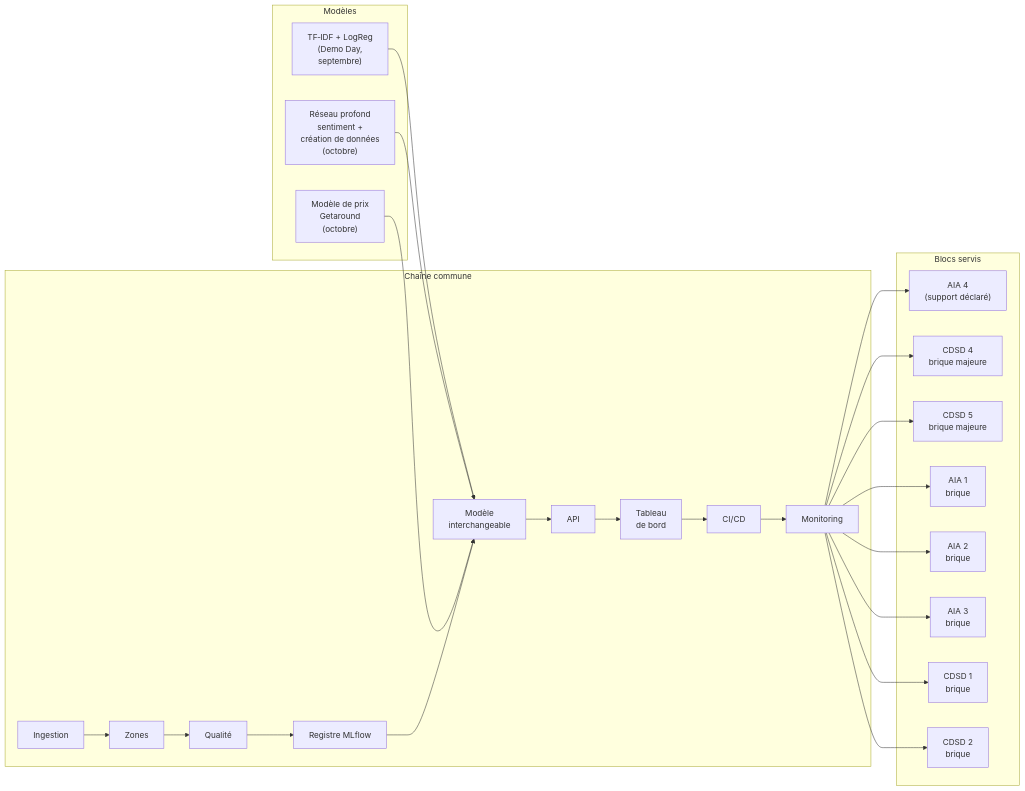
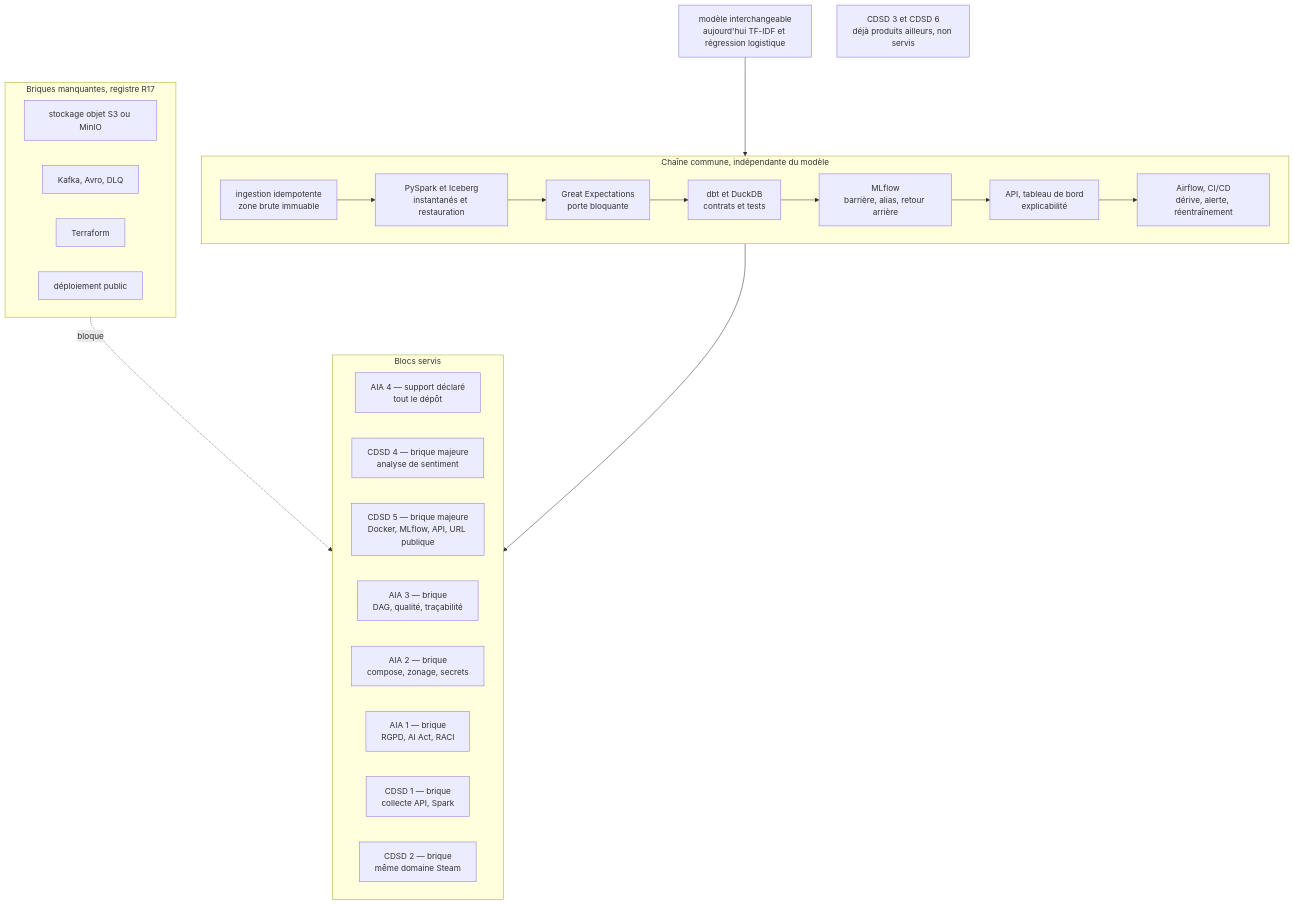
One commit to KinSushi/reviewpulse-pipeline changed the diagram in docs/diagrams/src/09_chaine_reemployable_par_bloc.mmd. Above: the diagram before and after it, drawn with Mermaid. The commit also changed 18 other files, not shown here.

First line of the commit message:
Sauvegarde MLflow restaurable, workflow planifie aligne, dix schemas a jour

```diff
--- a/docs/diagrams/src/09_chaine_reemployable_par_bloc.mmd
+++ b/docs/diagrams/src/09_chaine_reemployable_par_bloc.mmd
@@ -1,55 +1,43 @@
-%% Diagramme ReviewPulse
-flowchart LR
-  subgraph gauche[Modèles]
-    M1["TF‑IDF + LogReg<br/>(Demo Day,<br/>septembre)"]
-    M2["Réseau profond<br/>sentiment +<br/>création de données<br/>(octobre)"]
-    M3["Modèle de prix<br/>Getaround<br/>(octobre)"]
+%% Ce que la chaîne ReviewPulse réemploie, bloc par bloc.
+%% Source : docs/03_matrice_reemploi_blocs.md. Les blocs CDSD 3 et CDSD 6 sont déjà produits ailleurs.
+flowchart TB
+  subgraph CHAINE["Chaîne commune, indépendante du modèle"]
+    direction LR
+    ING["ingestion idempotente<br/>zone brute immuable"]
+    SPARK["PySpark et Iceberg<br/>instantanés et restauration"]
+    QUAL["Great Expectations<br/>porte bloquante"]
+    DBT["dbt et DuckDB<br/>contrats et tests"]
+    REG["MLflow<br/>barrière, alias, retour arrière"]
+    SERV["API, tableau de bord<br/>explicabilité"]
+    OPS["Airflow, CI/CD<br/>dérive, alerte, réentraînement"]
+    ING --> SPARK --> QUAL --> DBT --> REG --> SERV --> OPS
   end
 
-  subgraph centre[Chaîne commune]
-    ING["Ingestion"]
-    ZONES["Zones"]
-    QUAL["Qualité"]
-    MLREG["Registre MLflow"]
-    MODEL["Modèle<br/>interchangeable"]
-    API["API"]
-    DASH["Tableau<br/>de bord"]
-    CI["CI/CD"]
-    MON["Monitoring"]
+  MOD["modèle interchangeable<br/>aujourd'hui TF-IDF et régression logistique"]
+  MOD --> REG
+
+  subgraph SERVIS["Blocs servis"]
+    direction LR
+    AIA4["AIA 4 — support déclaré<br/>tout le dépôt"]
+    CDSD4["CDSD 4 — brique majeure<br/>analyse de sentiment"]
+    CDSD5["CDSD 5 — brique majeure<br/>Docker, MLflow, API, URL publique"]
+    AIA3["AIA 3 — brique<br/>DAG, qualité, traçabilité"]
+    AIA2["AIA 2 — brique<br/>compose, zonage, secrets"]
+    AIA1["AIA 1 — brique<br/>RGPD, AI Act, RACI"]
+    CDSD1["CDSD 1 — brique<br/>collecte API, Spark"]
+    CDSD2["CDSD 2 — brique<br/>même domaine Steam"]
   end
 
-  subgraph droite[Blocs servis]
-    AIA4["AIA 4<br/>(support déclaré)"]
-    CDSD4["CDSD 4<br/>brique majeure"]
-    CDSD5["CDSD 5<br/>brique majeure"]
-    AIA1["AIA 1<br/>brique"]
-    AIA2["AIA 2<br/>brique"]
-    AIA3["AIA 3<br/>brique"]
-    CDSD1["CDSD 1<br/>brique"]
-    CDSD2["CDSD 2<br/>brique"]
+  CHAINE --> SERVIS
+
+  subgraph MANQUE["Briques manquantes, registre R17"]
+    direction LR
+    X1["stockage objet S3 ou MinIO"]
+    X2["Kafka, Avro, DLQ"]
+    X3["Terraform"]
+    X4["déploiement public"]
   end
 
-  M1 --> MODEL
-  M2 --> MODEL
-  M3 --> MODEL
+  MANQUE -.->|bloque| SERVIS
 
-  ING --> ZONES --> QUAL --> MLREG --> MODEL --> API --> DASH --> CI --> MON
-
-  MON --> AIA4
-  MON --> CDSD4
-  MON --> CDSD5
-  MON --> AIA1
-  MON --> AIA2
-  MON --> AIA3
-  MON --> CDSD1
-  MON --> CDSD2
-
-  class ING,ZONES,QUAL,MLREG,API,DASH,CI,MON centre;
-  class MODEL model;
-  class M1,M2,M3 gauche;
-  class AIA4,CDSD4,CDSD5,AIA1,AIA2,AIA3,CDSD1,CDSD2 droite;
-
-  classDef centre fill:#e8f5e9 stroke:#2e7d32;
-  classDef model fill:#fff3e0 stroke:#ef6c00;
-  classDef gauche fill:#e3f2fd stroke:#1565c0;
-  classDef droite fill:#f3e5f5 stroke:#6a1b9a;
+  NON["CDSD 3 et CDSD 6<br/>déjà produits ailleurs, non servis"]
```
